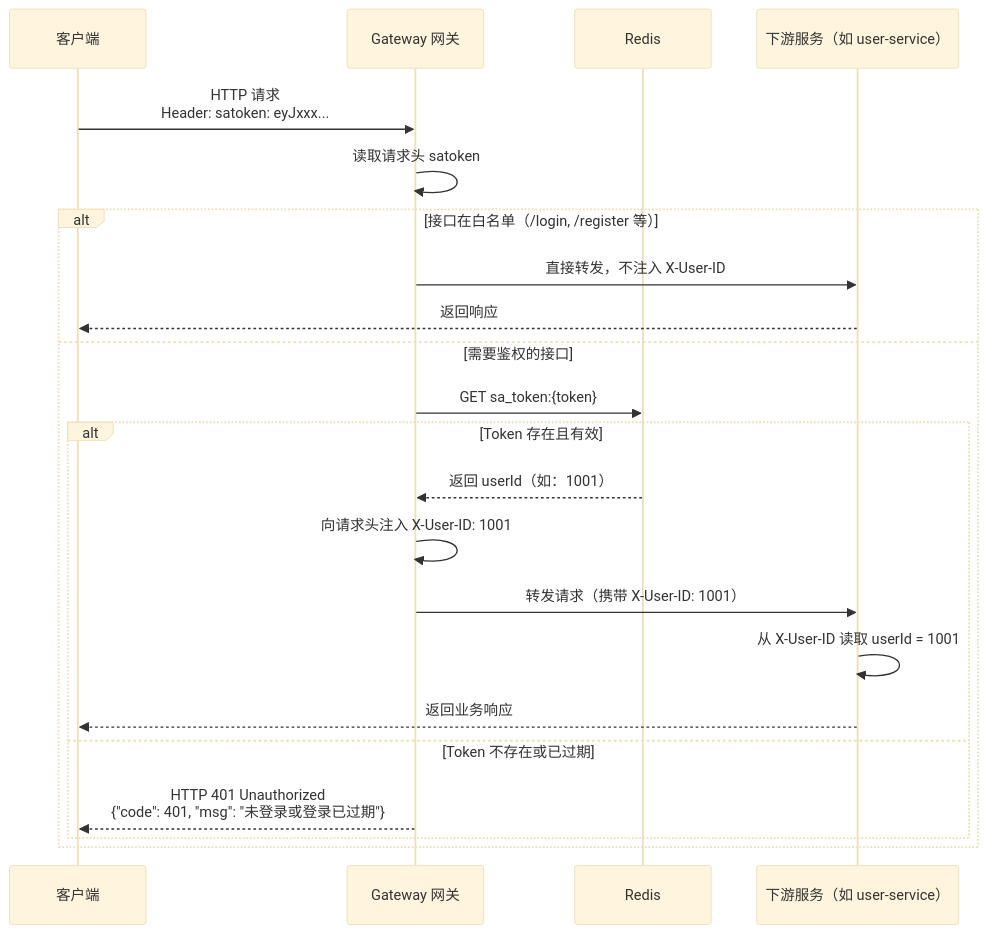
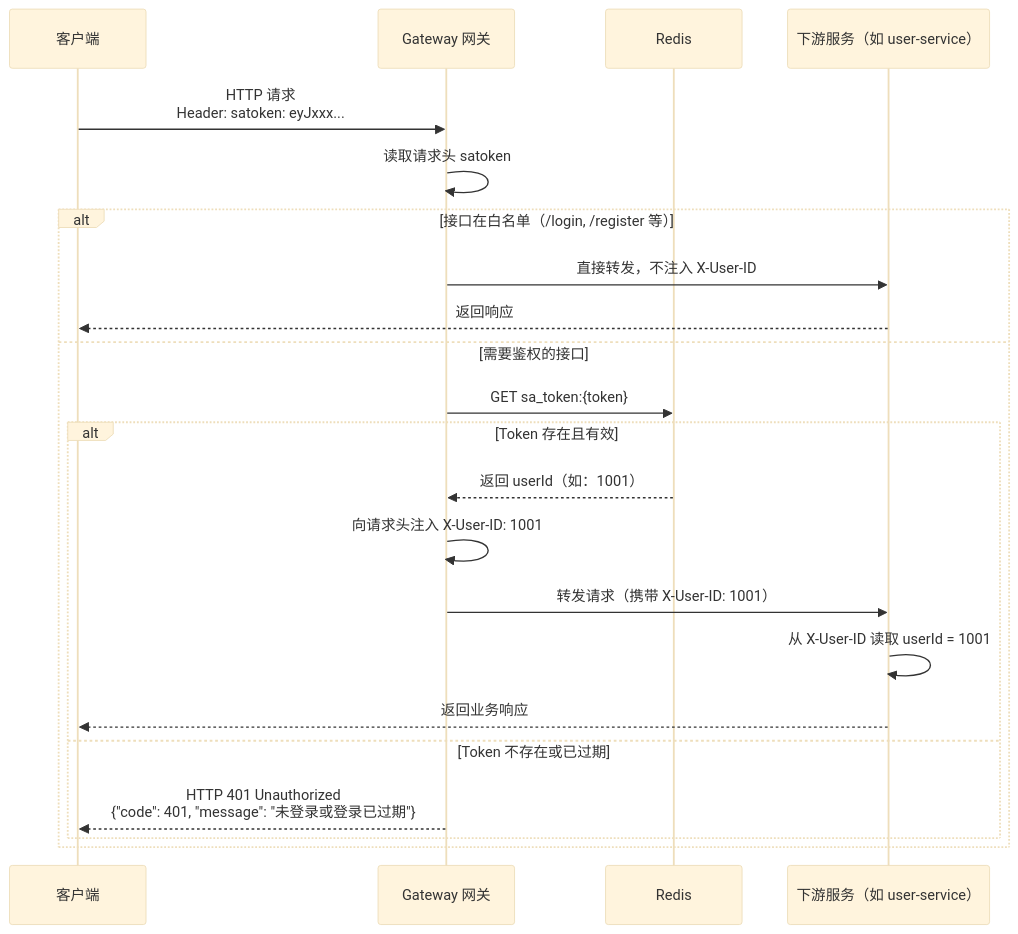
Before and after one commit to jiayuhan123/graduation-project: the first of 2 diagrams in 项目文档/3-架构设计/用户信息传递方案.md, drawn with Mermaid (base theme). The commit also changed other lines of this file and 140 other files, not shown here.

````diff
--- a/项目文档/3-架构设计/用户信息传递方案.md
+++ b/项目文档/3-架构设计/用户信息传递方案.md
@@ -23,27 +23,27 @@
 ```mermaid
 sequenceDiagram
     participant C as 客户端
     participant G as Gateway 网关
     participant R as Redis
     participant S as 下游服务（如 user-service）
 
     C->>G: HTTP 请求<br/>Header: satoken: eyJxxx...
 
     G->>G: 读取请求头 satoken
 
     alt 接口在白名单（/login, /register 等）
         G->>S: 直接转发，不注入 X-User-ID
         S-->>C: 返回响应
     else 需要鉴权的接口
         G->>R: GET sa_token:{token}
         alt Token 存在且有效
             R-->>G: 返回 userId（如：1001）
             G->>G: 向请求头注入 X-User-ID: 1001
             G->>S: 转发请求（携带 X-User-ID: 1001）
             S->>S: 从 X-User-ID 读取 userId = 1001
             S-->>C: 返回业务响应
         else Token 不存在或已过期
-            G-->>C: HTTP 401 Unauthorized<br/>{"code": 401, "msg": "未登录或登录已过期"}
+            G-->>C: HTTP 401 Unauthorized<br/>{"code": 401, "message": "未登录或登录已过期"}
         end
     end
 ```
````
